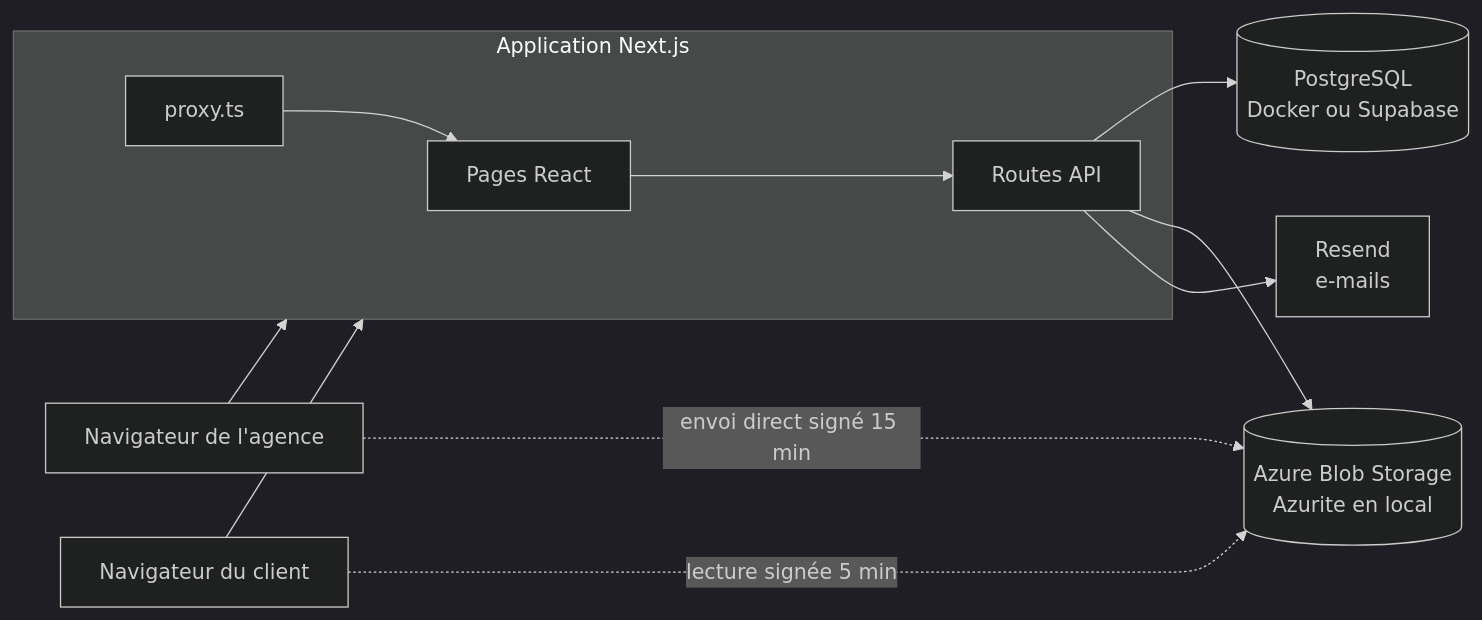
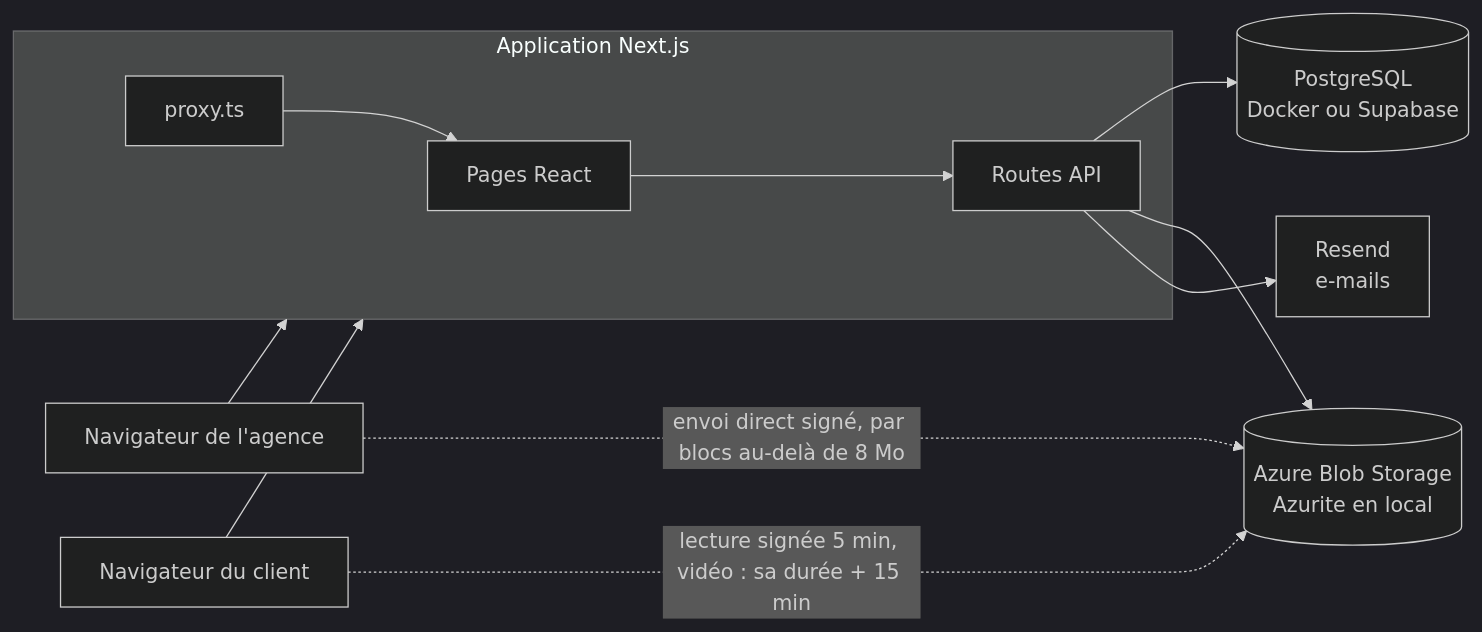
The diagram in TECHNOLOGIES.md (mariano-forge/scopeguard), drawn with Mermaid (dark theme) before and after one commit. The commit also changed other lines of this file and 4 other files, not shown here.

````diff
--- a/TECHNOLOGIES.md
+++ b/TECHNOLOGIES.md
@@ -9,14 +9,14 @@
 ```mermaid
 flowchart LR
     Agence[Navigateur de l'agence] --> App
     Client[Navigateur du client] --> App
     subgraph App[Application Next.js]
         Pages[Pages React] --> API[Routes API]
         Proxy[proxy.ts] --> Pages
     end
     API --> DB[(PostgreSQL<br/>Docker ou Supabase)]
     API --> Blob[(Azure Blob Storage<br/>Azurite en local)]
     API --> Mail[Resend<br/>e-mails]
-    Client -. lecture signée 5 min .-> Blob
-    Agence -. envoi direct signé 15 min .-> Blob
+    Client -. lecture signée 5 min, vidéo : sa durée + 15 min .-> Blob
+    Agence -. envoi direct signé, par blocs au-delà de 8 Mo .-> Blob
 ```
````
